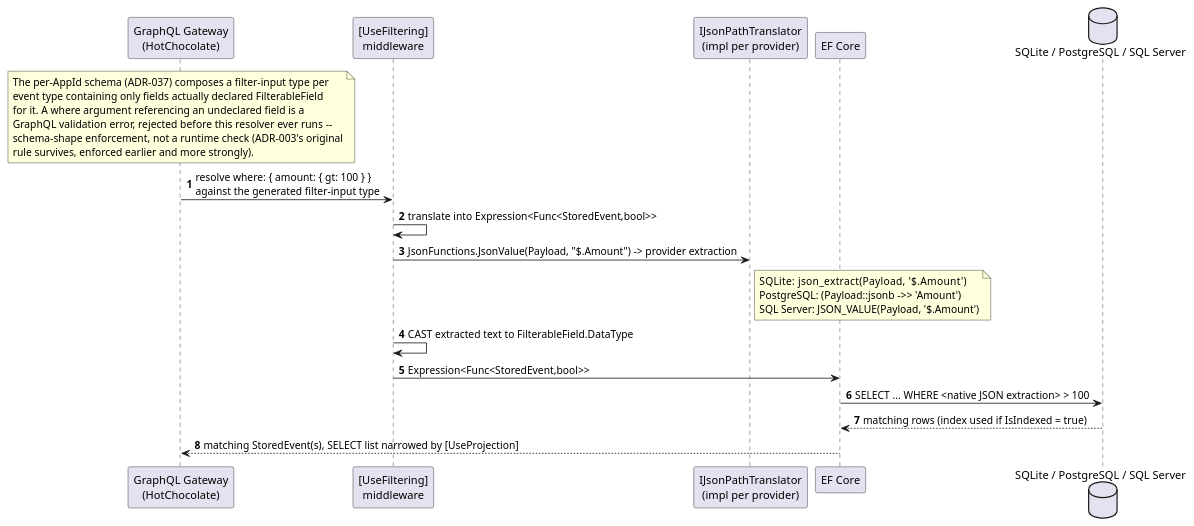
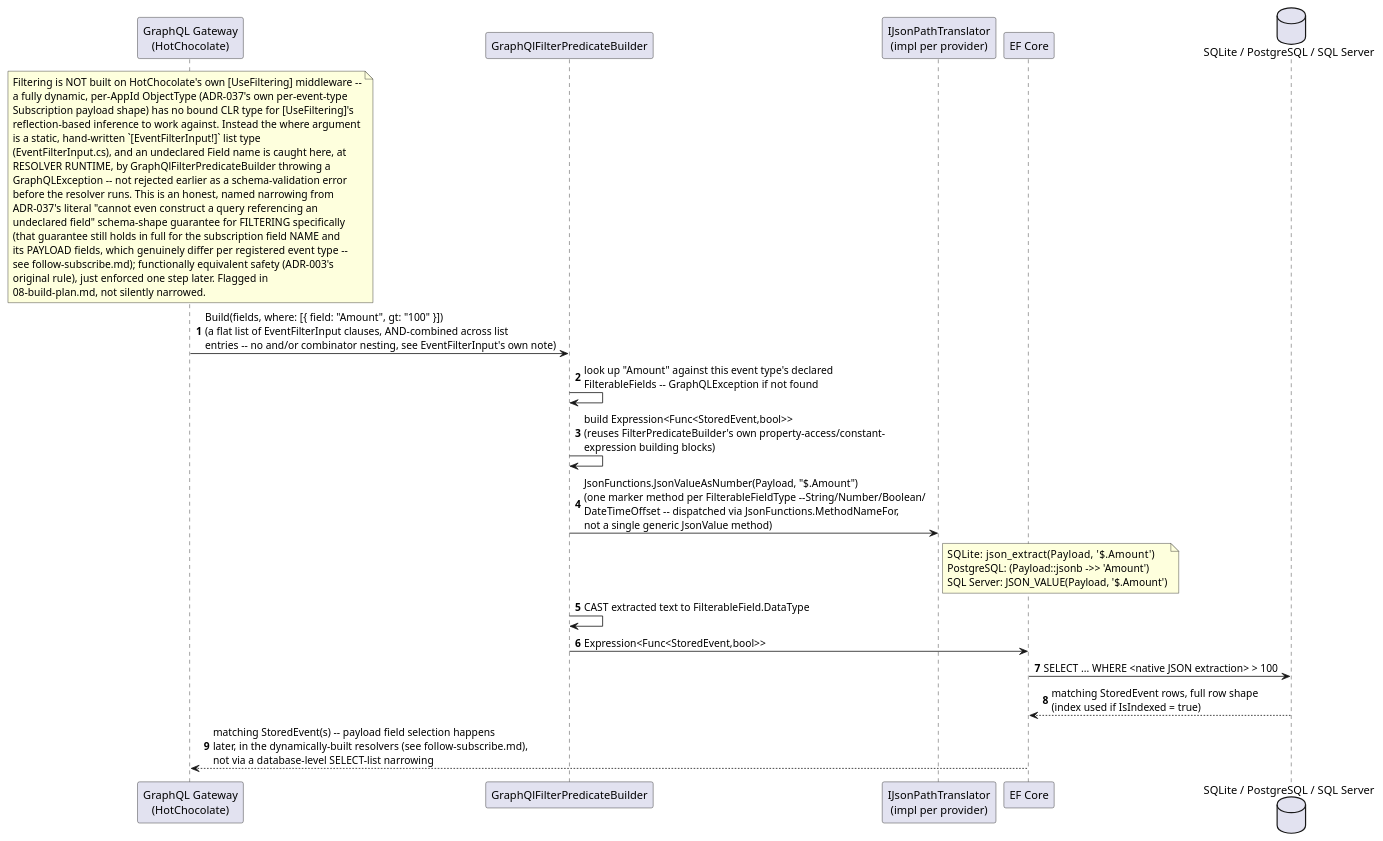
One commit to Mwwhited-BookLearning/EventSourcing changed the first of 2 diagrams in docs/features/filter-pushdown.md. Above: the diagram before and after it, drawn with PlantUML. The commit also changed other lines of this file and 46 other files, not shown here.

````diff
--- a/docs/features/filter-pushdown.md
+++ b/docs/features/filter-pushdown.md
@@ -17,33 +17,44 @@
 ```plantuml
 @startuml FilterPushdown_Sequence
 autonumber
 participant "GraphQL Gateway\n(HotChocolate)" as gateway
-participant "[UseFiltering]\nmiddleware" as filtering
+participant "GraphQlFilterPredicateBuilder" as filtering
 participant "IJsonPathTranslator\n(impl per provider)" as jsonPath
 participant "EF Core" as ef
 database "SQLite / PostgreSQL / SQL Server" as db
 
 note over gateway
-  The per-AppId schema (ADR-037) composes a filter-input type per
-  event type containing only fields actually declared FilterableField
-  for it. A where argument referencing an undeclared field is a
-  GraphQL validation error, rejected before this resolver ever runs --
-  schema-shape enforcement, not a runtime check (ADR-003's original
-  rule survives, enforced earlier and more strongly).
+  Filtering is NOT built on HotChocolate's own [UseFiltering] middleware --
+  a fully dynamic, per-AppId ObjectType (ADR-037's own per-event-type
+  Subscription payload shape) has no bound CLR type for [UseFiltering]'s
+  reflection-based inference to work against. Instead the where argument
+  is a static, hand-written `[EventFilterInput!]` list type
+  (EventFilterInput.cs), and an undeclared Field name is caught here, at
+  RESOLVER RUNTIME, by GraphQlFilterPredicateBuilder throwing a
+  GraphQLException -- not rejected earlier as a schema-validation error
+  before the resolver runs. This is an honest, named narrowing from
+  ADR-037's literal "cannot even construct a query referencing an
+  undeclared field" schema-shape guarantee for FILTERING specifically
+  (that guarantee still holds in full for the subscription field NAME and
+  its PAYLOAD fields, which genuinely differ per registered event type --
+  see follow-subscribe.md); functionally equivalent safety (ADR-003's
+  original rule), just enforced one step later. Flagged in
+  08-build-plan.md, not silently narrowed.
 end note
 
-gateway -> filtering: resolve where: { amount: { gt: 100 } }\nagainst the generated filter-input type
-filtering -> filtering: translate into Expression<Func<StoredEvent,bool>>
-filtering -> jsonPath: JsonFunctions.JsonValue(Payload, "$.Amount") -> provider extraction
+gateway -> filtering: Build(fields, where: [{ field: "Amount", gt: "100" }])\n(a flat list of EventFilterInput clauses, AND-combined across list\nentries -- no and/or combinator nesting, see EventFilterInput's own note)
+filtering -> filtering: look up "Amount" against this event type's declared\nFilterableFields -- GraphQLException if not found
+filtering -> filtering: build Expression<Func<StoredEvent,bool>>\n(reuses FilterPredicateBuilder's own property-access/constant-\nexpression building blocks)
+filtering -> jsonPath: JsonFunctions.JsonValueAsNumber(Payload, "$.Amount")\n(one marker method per FilterableFieldType --String/Number/Boolean/\nDateTimeOffset -- dispatched via JsonFunctions.MethodNameFor,\nnot a single generic JsonValue method)
 note right of jsonPath
   SQLite:     json_extract(Payload, '$.Amount')
   PostgreSQL: (Payload::jsonb ->> 'Amount')
   SQL Server: JSON_VALUE(Payload, '$.Amount')
 end note
 filtering -> filtering: CAST extracted text to FilterableField.DataType
 filtering -> ef: Expression<Func<StoredEvent,bool>>
 ef -> db: SELECT ... WHERE <native JSON extraction> > 100
-db --> ef: matching rows (index used if IsIndexed = true)
-ef --> gateway: matching StoredEvent(s), SELECT list narrowed by [UseProjection]
+db --> ef: matching StoredEvent rows, full row shape\n(index used if IsIndexed = true)
+ef --> gateway: matching StoredEvent(s) -- payload field selection happens\nlater, in the dynamically-built resolvers (see follow-subscribe.md),\nnot via a database-level SELECT-list narrowing
 @enduml
 ```
````
